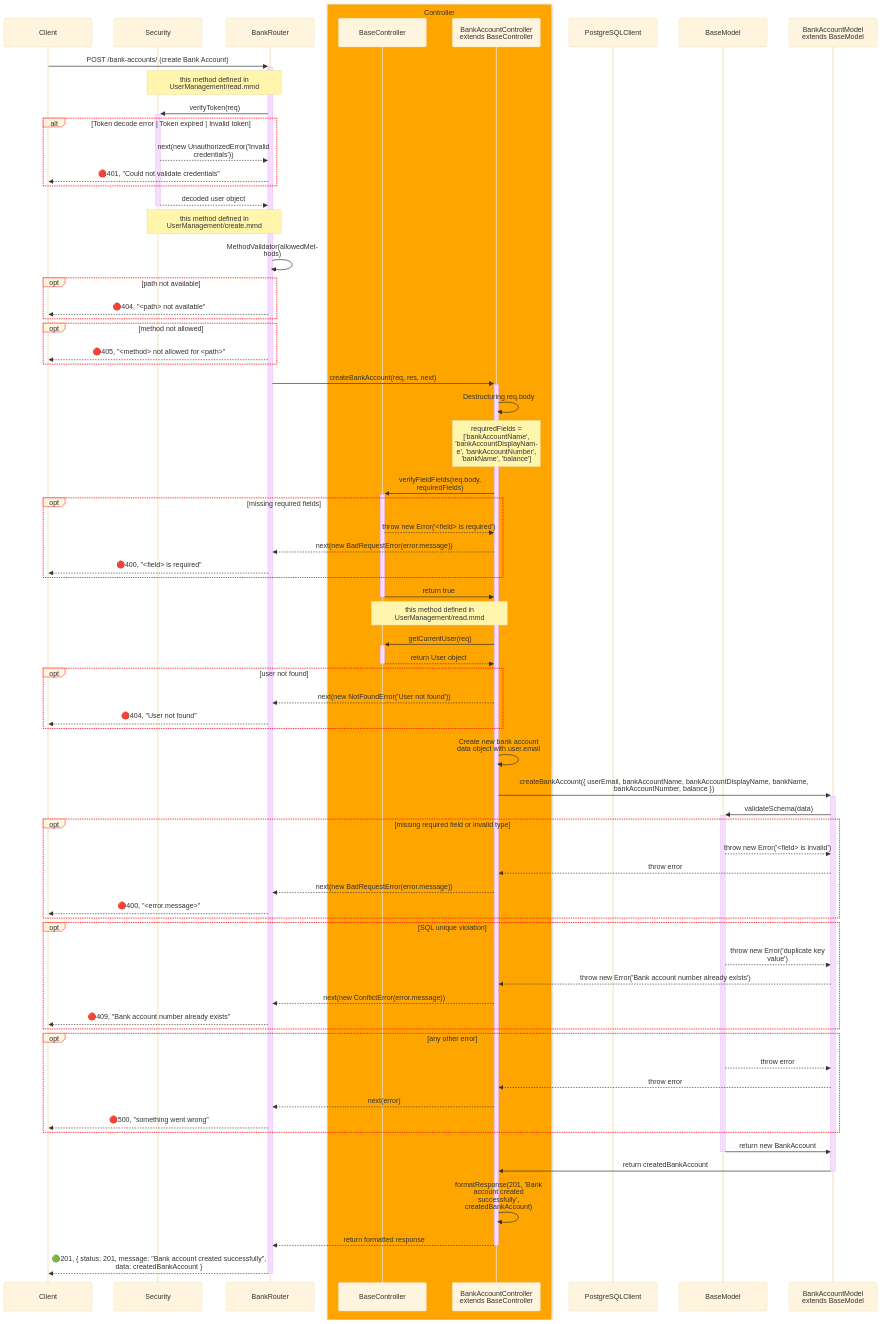
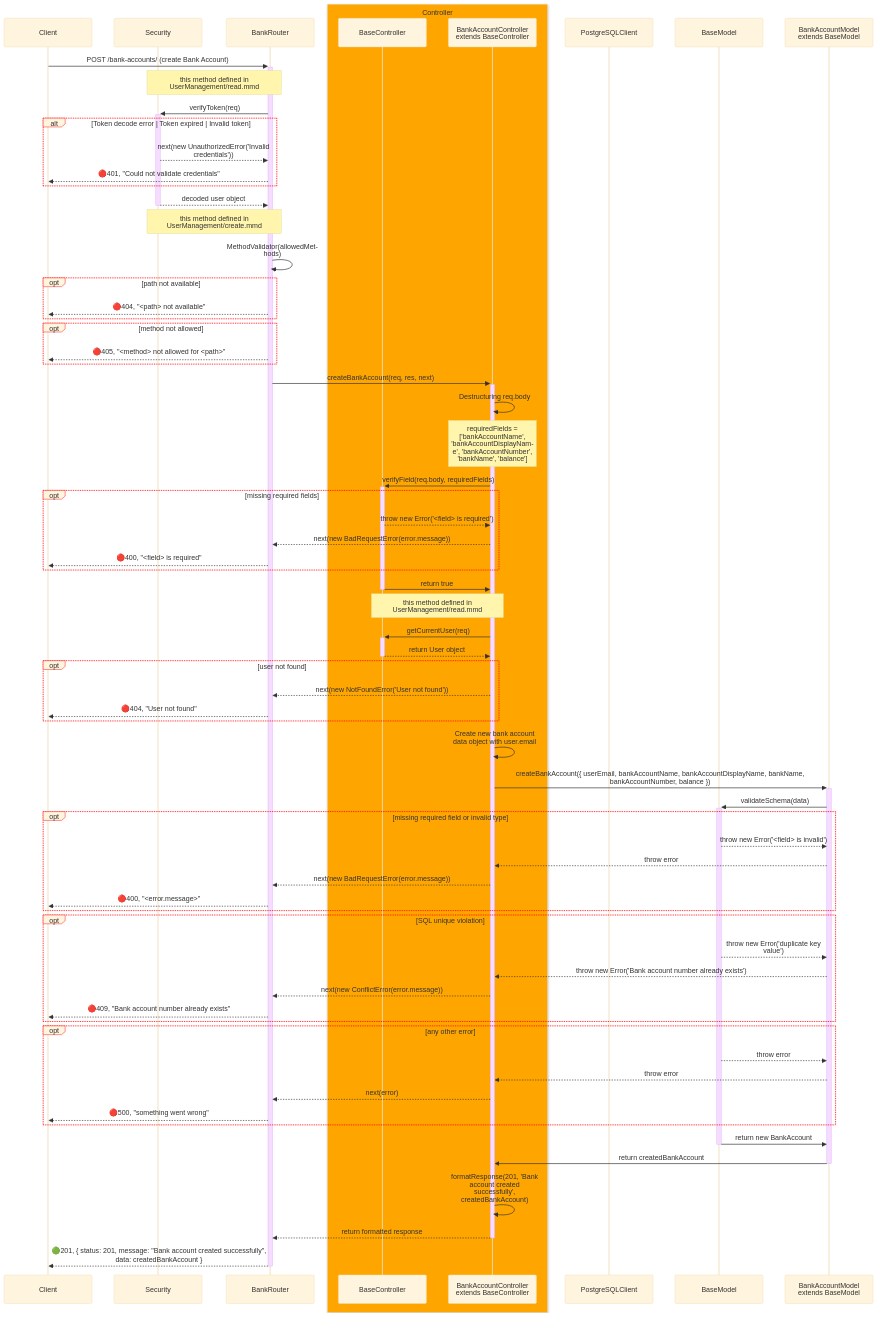
One commit to SawatKia/WealthTracking changed the diagram in design/newClassesDesign/BankAccountManagement/add.mmd. Above: the diagram before and after it, drawn with Mermaid.

Commit message:
remove duplicated word

```diff
--- a/design/newClassesDesign/BankAccountManagement/add.mmd
+++ b/design/newClassesDesign/BankAccountManagement/add.mmd
@@ -1,89 +1,89 @@
 %%{
     init: {
         "theme":"base",
         "themeVariables": {
             'labelBoxBorderColor': '#ff0000'
         },
         "sequence": { 
             "wrap": true, 
             "width": 200 
         } 
     }
 }%%
 sequenceDiagram
     participant Client
     participant Sec as Security
     participant Router as BankRouter
     box orange Controller
         participant BaseCont as BaseController
         participant Cont as BankAccountController extends BaseController
     end
     participant PGClient as PostgreSQLClient
     participant BaseModel as BaseModel 
     participant Model as BankAccountModel extends BaseModel
 
     Client->>+Router: POST /bank-accounts/ (create Bank Account)
     Note over Sec, Router: this method defined in UserManagement/read.mmd
     Router->>+Sec: verifyToken(req)
     alt Token decode error | Token expired | Invalid token
         Sec-->>Router: next(new UnauthorizedError('Invalid credentials'))
         Router-->>Client: 🔴401, "Could not validate credentials"
     end
     Sec-->>-Router: decoded user object 
 
     Note over Sec, Router: this method defined in UserManagement/create.mmd
     Router->>Router: MethodValidator(allowedMethods)
     opt path not available
         Router-->>Client: 🔴404, "<path> not available"
     end
     opt method not allowed
         Router-->>Client: 🔴405, "<method> not allowed for <path>"
     end
     
     Router->>+Cont: createBankAccount(req, res, next)
     Cont->>Cont: Destructuring req.body
     Note over Cont: requiredFields = ['bankAccountName', 'bankAccountDisplayName', 'bankAccountNumber', 'bankName', 'balance']
-    Cont->>+BaseCont: verifyFieldFields(req.body, requiredFields)
+    Cont->>+BaseCont: verifyField(req.body, requiredFields)
     opt missing required fields
         BaseCont-->>Cont: throw new Error('<field> is required')
         Cont-->>Router: next(new BadRequestError(error.message))
         Router-->>Client: 🔴400, "<field> is required"
     end
     BaseCont->>-Cont: return true
     
     Note over Cont, BaseCont: this method defined in UserManagement/read.mmd
     Cont->>+BaseCont: getCurrentUser(req)
     BaseCont-->>-Cont: return User object
     opt user not found
         Cont-->>Router: next(new NotFoundError('User not found'))
         Router-->>Client: 🔴404, "User not found"
     end
     
     Cont->>Cont: Create new bank account data object with user.email
     Cont->>+Model: createBankAccount({ userEmail, bankAccountName, bankAccountDisplayName, bankName, bankAccountNumber, balance })
     Model->>+BaseModel: validateSchema(data) 
     
     opt missing required field or invalid type
         BaseModel-->>Model: throw new Error('<field> is invalid')
         Model-->>Cont: throw error
         Cont-->>Router: next(new BadRequestError(error.message))
         Router-->>Client: 🔴400, "<error.message>"
     end
     opt SQL unique violation
         BaseModel-->>Model: throw new Error('duplicate key value')
         Model-->>Cont: throw new Error('Bank account number already exists')
         Cont-->>Router: next(new ConflictError(error.message))
         Router-->>Client: 🔴409, "Bank account number already exists"
     end
     opt any other error
        BaseModel-->>Model: throw error
        Model-->>Cont: throw error
        Cont-->>Router: next(error)
        Router-->>Client: 🔴500, "something went wrong"
     end
 
     BaseModel->>-Model: return new BankAccount
     Model->>-Cont: return createdBankAccount
     Cont->>Cont: formatResponse(201, 'Bank account created successfully', createdBankAccount)
     Cont-->>-Router: return formatted response
     Router-->>-Client: 🟢201, { status: 201, message: "Bank account created successfully", data: createdBankAccount }
```
